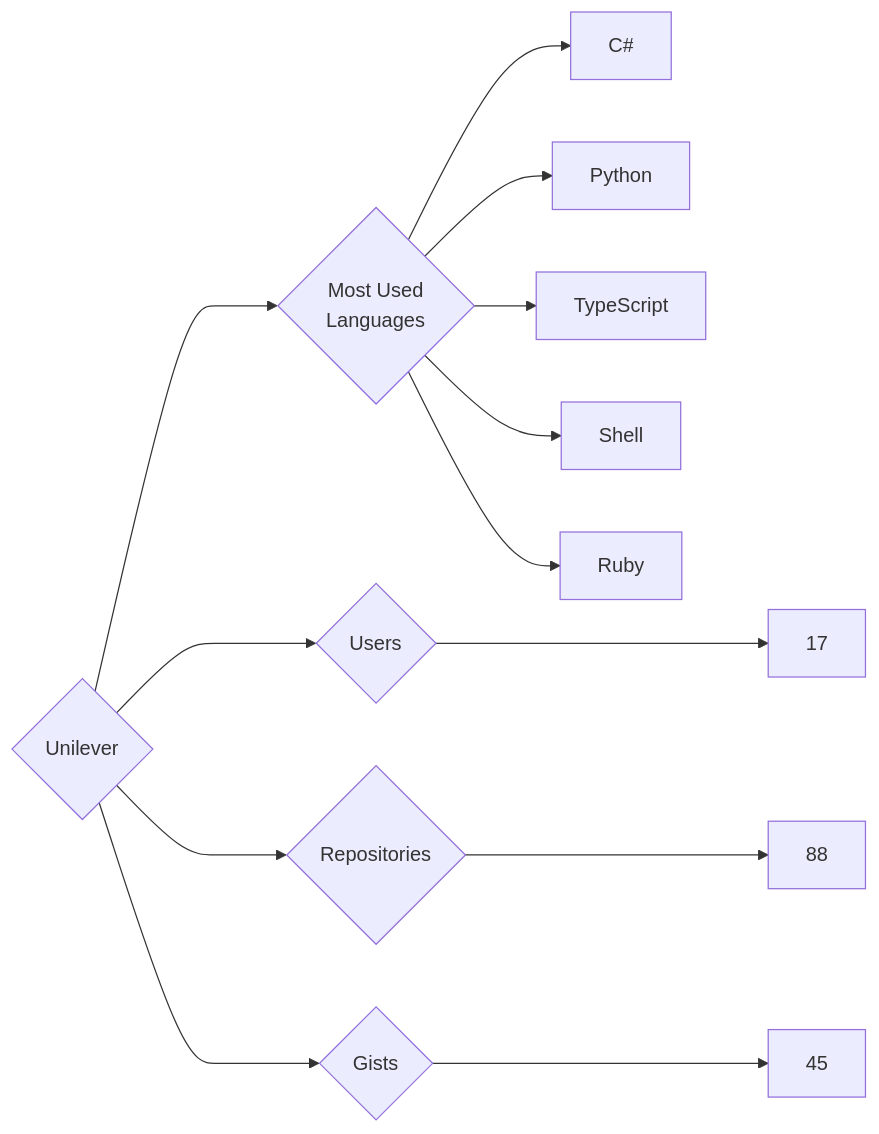
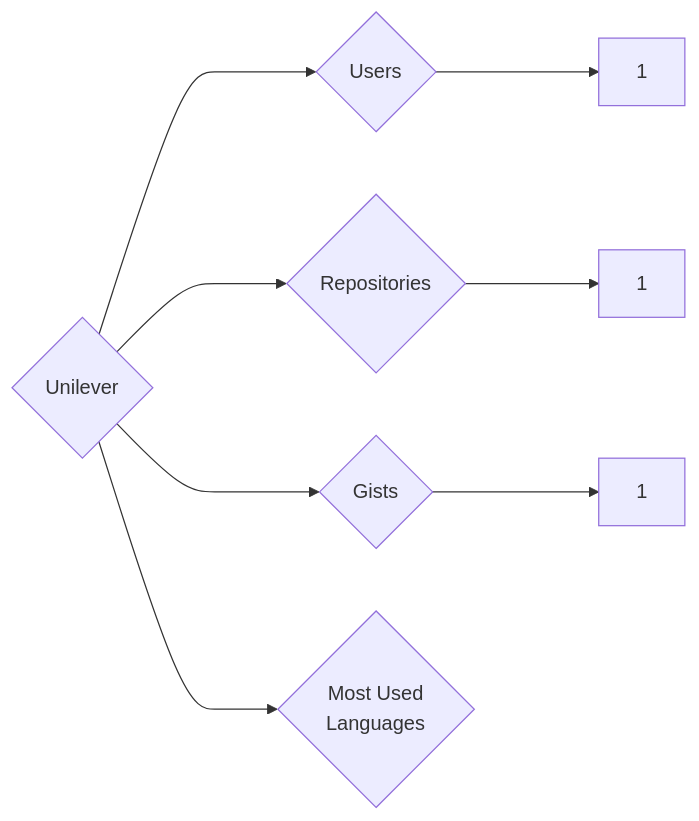
Before and after one commit to trickest/insiders: the diagram in targets/Unilever/README.md, drawn with Mermaid. The commit also changed 953 other files, not shown here.

````diff
--- a/targets/Unilever/README.md
+++ b/targets/Unilever/README.md
@@ -3,13 +3,8 @@
 ```mermaid
 graph LR
 COMPANY_NAME{Unilever}
-COMPANY_NAME ---> U{Users} ---> UN[17]
-COMPANY_NAME ---> R{Repositories} ---> RN[88]
-COMPANY_NAME ---> G{Gists} ---> GN[45]
+COMPANY_NAME ---> U{Users} ---> UN[1]
+COMPANY_NAME ---> R{Repositories} ---> RN[1]
+COMPANY_NAME ---> G{Gists} ---> GN[1]
 COMPANY_NAME ---> ML{Most Used<br>Languages}
-ML --> C#[C#]
-ML --> Python[Python]
-ML --> TypeScript[TypeScript]
-ML --> Shell[Shell]
-ML --> Ruby[Ruby]
 ```
````
